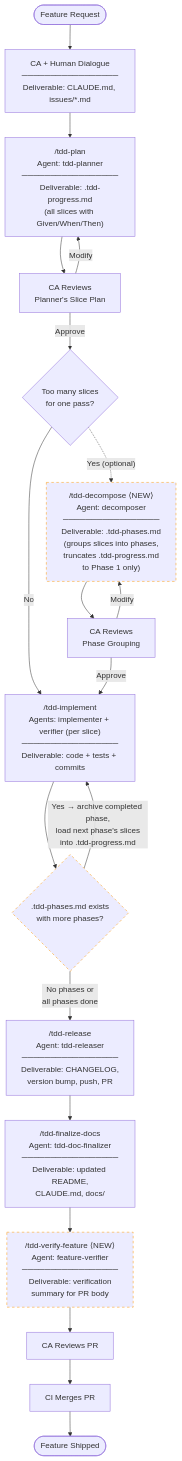
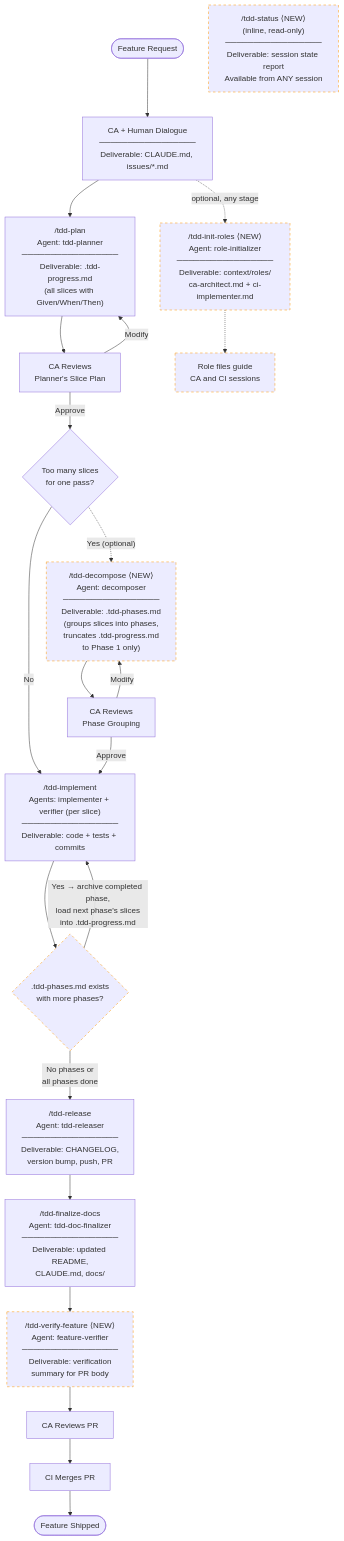
Before and after one commit to hugo-bluecorn/claude-code-tdd-workflow: the first of 9 diagrams in explorations/role-to-agent-analysis/proposed-workflow-diagrams.md, drawn with Mermaid. The commit also changed other lines of this file, not shown here.

First line of the commit message:
docs: comprehensive revision — integrate roles, agents, and all proposed features into diagrams

````diff
--- a/explorations/role-to-agent-analysis/proposed-workflow-diagrams.md
+++ b/explorations/role-to-agent-analysis/proposed-workflow-diagrams.md
@@ -24,36 +24,44 @@
 ```mermaid
 flowchart TD
     START([Feature Request]) --> SPEC["CA + Human Dialogue<br/>─────────────────<br/>Deliverable: CLAUDE.md, issues/*.md"]
 
     SPEC --> PLAN["/tdd-plan<br/>Agent: tdd-planner<br/>─────────────────<br/>Deliverable: .tdd-progress.md<br/>(all slices with Given/When/Then)"]
 
     PLAN --> CA_REVIEW[CA Reviews<br/>Planner's Slice Plan]
     CA_REVIEW -->|Approve| DECOMPOSE_CHECK{Too many slices<br/>for one pass?}
     CA_REVIEW -->|Modify| PLAN
 
     DECOMPOSE_CHECK -.->|"Yes (optional)"| DECOMPOSE["/tdd-decompose ⟨NEW⟩<br/>Agent: decomposer<br/>─────────────────<br/>Deliverable: .tdd-phases.md<br/>(groups slices into phases,<br/>truncates .tdd-progress.md<br/>to Phase 1 only)"]
     DECOMPOSE_CHECK -->|No| IMPLEMENT
 
     DECOMPOSE --> CA_PHASES[CA Reviews<br/>Phase Grouping]
     CA_PHASES -->|Approve| IMPLEMENT
     CA_PHASES -->|Modify| DECOMPOSE
 
     IMPLEMENT["/tdd-implement<br/>Agents: implementer + verifier (per slice)<br/>─────────────────<br/>Deliverable: code + tests + commits"]
 
     IMPLEMENT --> PHASE_CHECK{".tdd-phases.md exists<br/>with more phases?"}
 
     PHASE_CHECK -->|"Yes → archive completed phase,<br/>load next phase's slices<br/>into .tdd-progress.md"| IMPLEMENT
 
     PHASE_CHECK -->|No phases or<br/>all phases done| RELEASE["/tdd-release<br/>Agent: tdd-releaser<br/>─────────────────<br/>Deliverable: CHANGELOG,<br/>version bump, push, PR"]
 
     RELEASE --> FINALIZE["/tdd-finalize-docs<br/>Agent: tdd-doc-finalizer<br/>─────────────────<br/>Deliverable: updated README,<br/>CLAUDE.md, docs/"]
     FINALIZE --> VERIFY["/tdd-verify-feature ⟨NEW⟩<br/>Agent: feature-verifier<br/>─────────────────<br/>Deliverable: verification<br/>summary for PR body"]
     VERIFY --> CA_PR[CA Reviews PR]
     CA_PR --> MERGE["CI Merges PR"]
     MERGE --> DONE([Feature Shipped])
 
+    %% Side channels (optional, any time)
+    SPEC -.->|"optional, any stage"| INIT_ROLES["/tdd-init-roles ⟨NEW⟩<br/>Agent: role-initializer<br/>─────────────────<br/>Deliverable: context/roles/<br/>ca-architect.md + ci-implementer.md"]
+    INIT_ROLES -.-> ROLES_OUT["Role files guide<br/>CA and CI sessions"]
+
+    STATUS["/tdd-status ⟨NEW⟩<br/>(inline, read-only)<br/>─────────────────<br/>Deliverable: session state report<br/>Available from ANY session"]
+
     style VERIFY stroke-dasharray: 5 5,stroke:#f90
-
     style DECOMPOSE stroke-dasharray: 5 5,stroke:#f90
     style PHASE_CHECK stroke-dasharray: 5 5,stroke:#f90
+    style INIT_ROLES stroke-dasharray: 5 5,stroke:#f90
+    style ROLES_OUT stroke-dasharray: 5 5,stroke:#f90
+    style STATUS stroke-dasharray: 5 5,stroke:#f90
 ```
````
